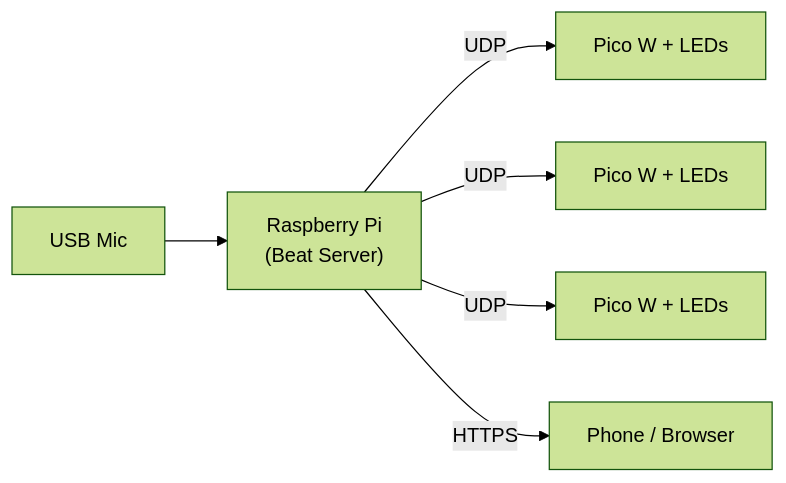
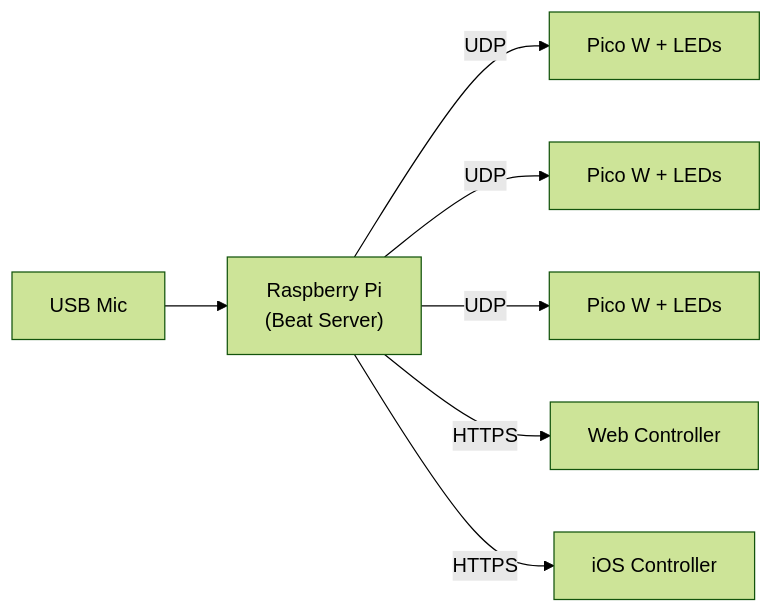
The diagram in docs/index.markdown (oost/beatled), drawn with Mermaid (forest theme) before and after one commit. The commit also changed other lines of this file and 4 other files, not shown here.

First line of the commit message:
Add iOS Controller docs and rename Web Client to Web Controller

````diff
--- a/docs/index.markdown
+++ b/docs/index.markdown
@@ -20,8 +20,9 @@
 ```mermaid
 graph LR
     MIC["USB Mic"] --> PI["Raspberry Pi<br/>(Beat Server)"]
     PI -->|UDP| P1["Pico W + LEDs"]
     PI -->|UDP| P2["Pico W + LEDs"]
     PI -->|UDP| P3["Pico W + LEDs"]
-    PI -->|HTTPS| WEB["Phone / Browser"]
+    PI -->|HTTPS| WEB["Web Controller"]
+    PI -->|HTTPS| IOS["iOS Controller"]
 ```
````
